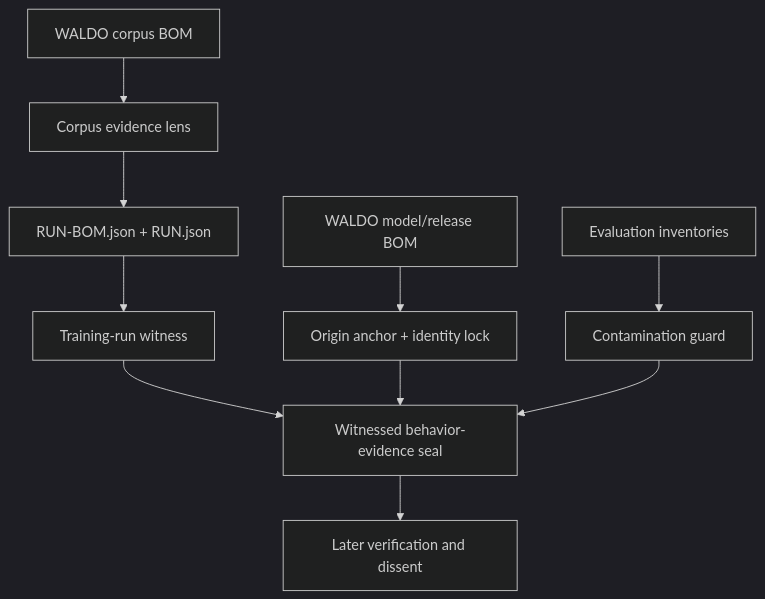
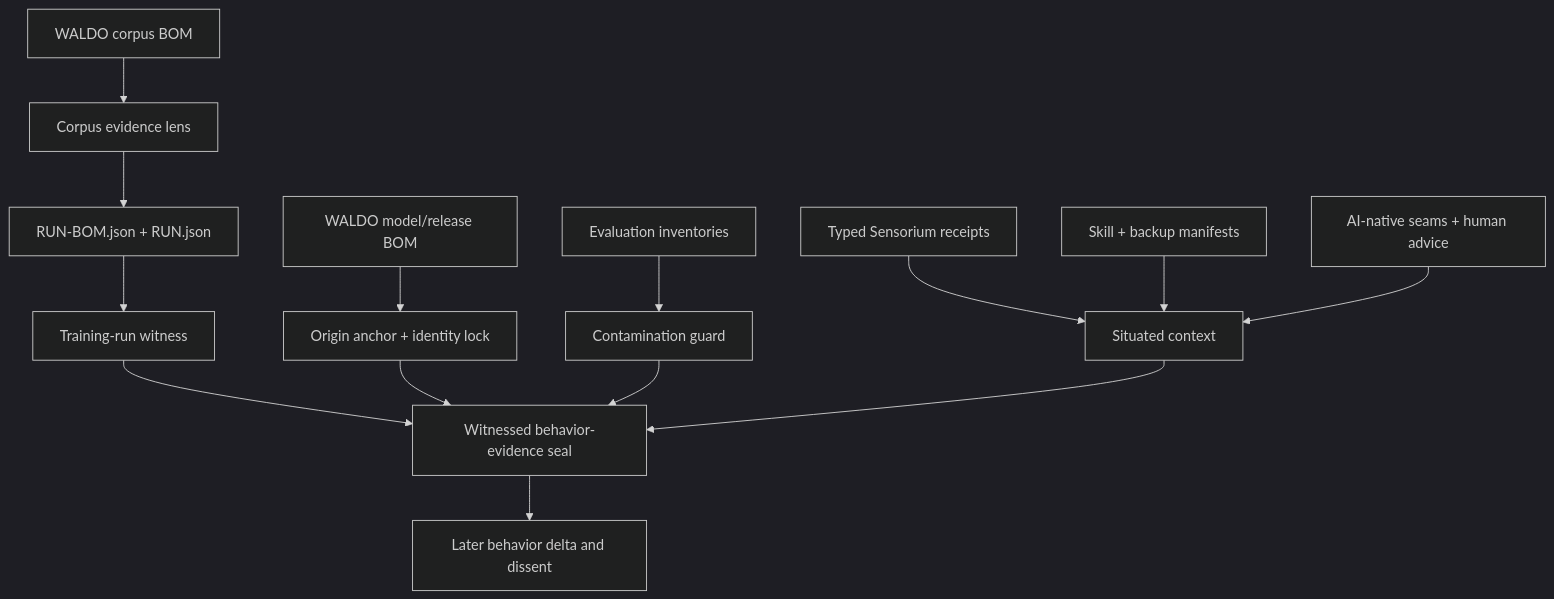
The diagram in AXM_MIRROR_EXPERIMENT.md (mike-axiom-mir/waldo-axm-mirror-research), drawn with Mermaid (dark theme) before and after one commit. The commit also changed other lines of this file and 18 other files, not shown here.

````diff
--- a/AXM_MIRROR_EXPERIMENT.md
+++ b/AXM_MIRROR_EXPERIMENT.md
@@ -29,12 +29,16 @@
 ```mermaid
 flowchart TD
     A["WALDO corpus BOM"] --> B["Corpus evidence lens"]
     B --> C["RUN-BOM.json + RUN.json"]
     C --> D["Training-run witness"]
     E["WALDO model/release BOM"] --> F["Origin anchor + identity lock"]
     D --> G["Witnessed behavior-evidence seal"]
     F --> G
     H["Evaluation inventories"] --> I["Contamination guard"]
     I --> G
-    G --> J["Later verification and dissent"]
+    K["Typed Sensorium receipts"] --> L["Situated context"]
+    M["Skill + backup manifests"] --> L
+    N["AI-native seams + human advice"] --> L
+    L --> G
+    G --> J["Later behavior delta and dissent"]
 ```
````
